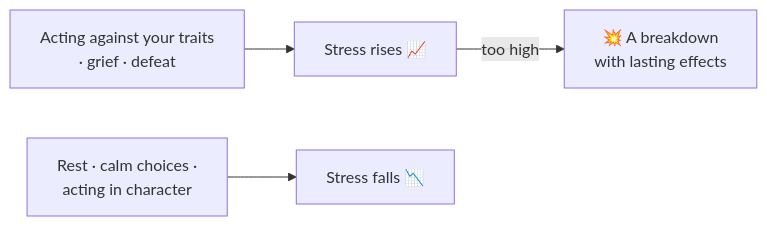
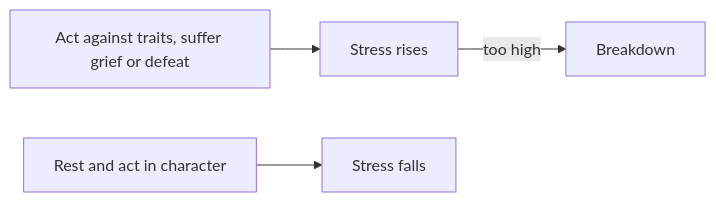
One commit to kroryan/Quartz-HispaniaBeta changed the diagram in content/dynasty/Traits and Your Character.md. Above: the diagram before and after it, drawn with Mermaid. The commit also changed other lines of this file and 35 other files, not shown here.

````diff
--- a/content/dynasty/Traits and Your Character.md
+++ b/content/dynasty/Traits and Your Character.md
@@ -33,6 +33,6 @@
 ```mermaid
 flowchart LR
-    A[Acting against your traits<br/>· grief · defeat] --> S[Stress rises 📈]
-    S -->|too high| B[💥 A breakdown<br/>with lasting effects]
-    R[Rest · calm choices ·<br/>acting in character] --> D[Stress falls 📉]
+    A[Act against traits, suffer grief or defeat] --> S[Stress rises]
+    S -->|too high| B[Breakdown]
+    R[Rest and act in character] --> D[Stress falls]
 ```
````
